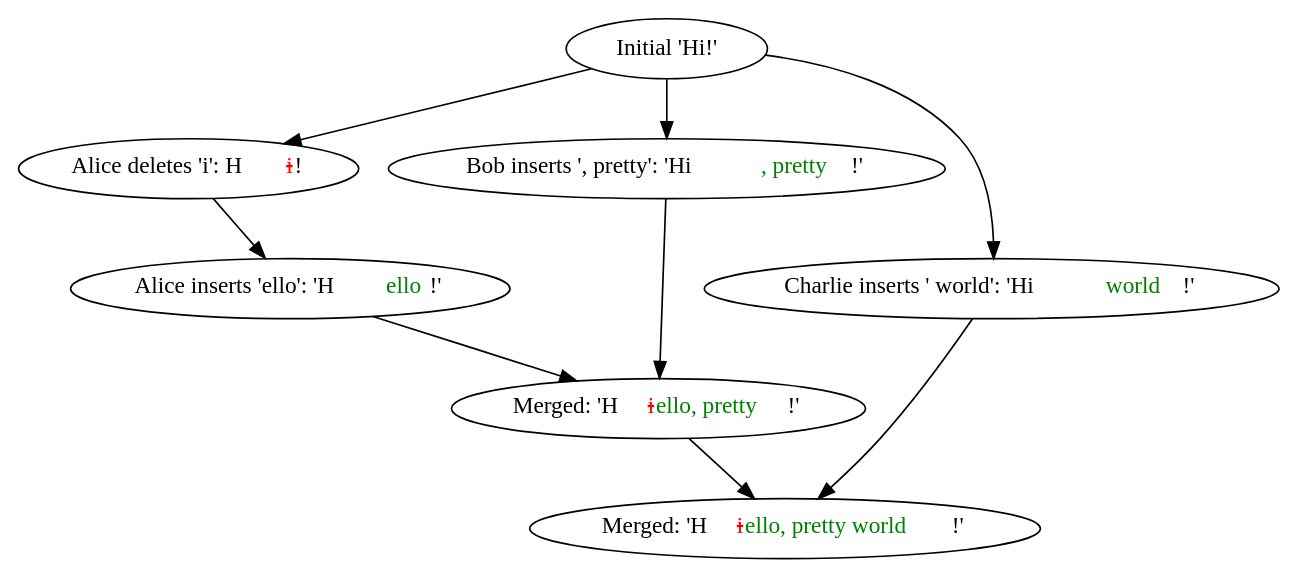
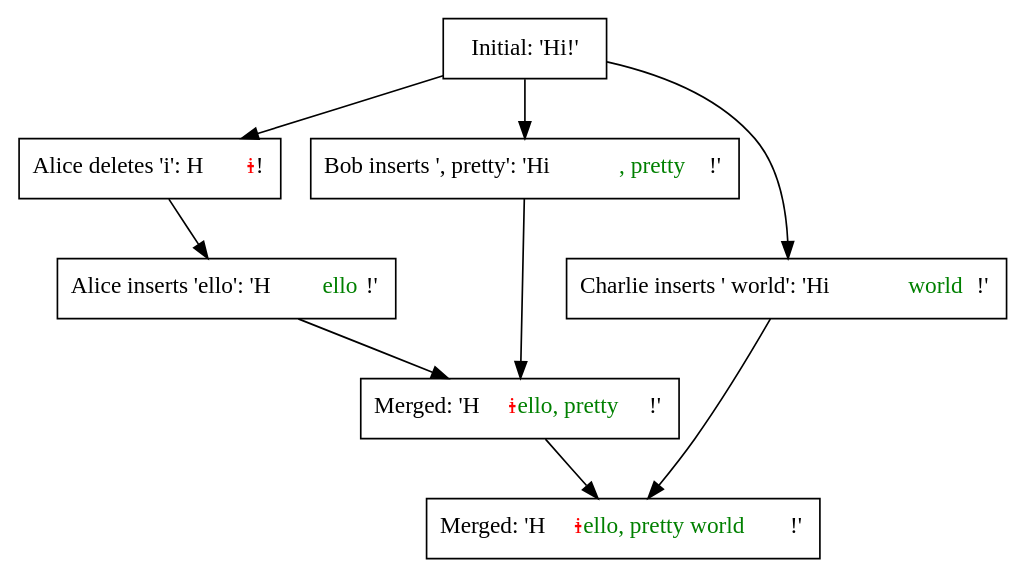
The diagram in doc/introduction.dot (kindone/text-versioncontrol), drawn with Graphviz before and after one commit. The commit also changed 8 other files, not shown here.

```diff
--- a/doc/introduction.dot
+++ b/doc/introduction.dot
@@ -1,15 +1,16 @@
 digraph introduction {
+  node [shape=box]
   //node [fontname=Arial];
-  initial [label="Initial 'Hi!'"]
+  initial [label="Initial: 'Hi!'"]
   alice_rev0 [label=<Alice deletes 'i': H<font color='red'><s>i</s></font>!>]
   alice_rev1 [label=<Alice inserts 'ello': 'H<font color='green'>ello</font>!'>]
   bob_rev0 [label=<Bob inserts ', pretty': 'Hi<font color='green'>, pretty</font>!'>]
-  charlie_rev0 [label=<Charlie inserts ' world': 'Hi<font color='green'> world</font>!'>]
+  charlie_rev0 [label=<Charlie inserts ' world': 'Hi <font color='green'>world</font>!'>]
   merged1 [label=<Merged: 'H<font color='red'><s>i</s></font><font color='green'>ello, pretty</font>!'>]
   merged2 [label=<Merged: 'H<font color='red'><s>i</s></font><font color='green'>ello, pretty world</font>!'>]
 
   initial -> alice_rev0 -> alice_rev1 -> merged1;
   initial -> bob_rev0 -> merged1;
   merged1 -> merged2
   initial -> charlie_rev0 -> merged2
 }
```
